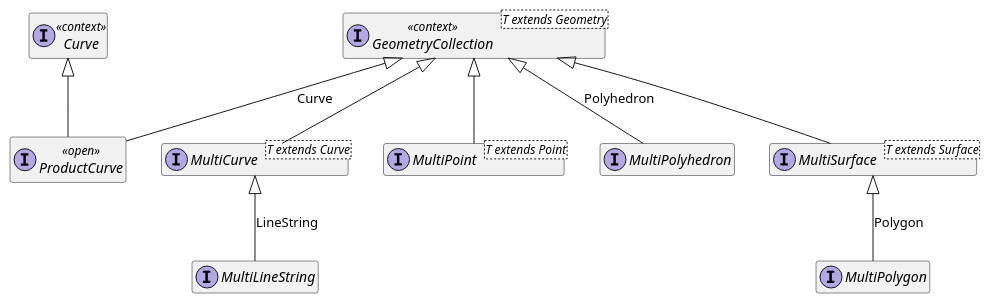
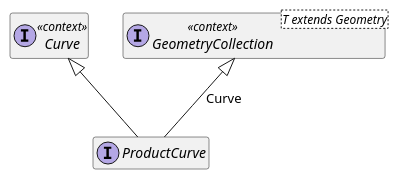
Before and after one commit to apache/sis: the sixth of 6 diagrams in incubator/src/org.apache.sis.geometry/main/org/apache/sis/geometries/summary.adoc, drawn with PlantUML. The commit also changed other lines of this file and 17 other files, not shown here.

Commit message:
refactor(Geometry): remove MultiMeshPrimitive, replaced by GeometryCollection

```diff
--- a/incubator/src/org.apache.sis.geometry/main/org/apache/sis/geometries/summary.adoc
+++ b/incubator/src/org.apache.sis.geometry/main/org/apache/sis/geometries/summary.adoc
@@ -276,42 +273,22 @@
 [plantuml,geometry-collections,svg]
 ....
 @startuml
 hide empty members
 skinparam shadowing false
 skinparam interface {
     BackgroundColor #FDFDFD
     BorderColor #4A6785
 }
-skinparam interface<<open>> {
-    BackgroundColor #FFF6E0
-    BorderColor #C9A227
-}
 skinparam interface<<context>> {
     BackgroundColor #EEF3F8
     BorderColor #93A9C0
 }
-skinparam interface<<external>> {
-    BackgroundColor #F0F0F0
-    BorderColor #999999
-}
 
 interface Curve <<context>>
 interface "GeometryCollection<T extends Geometry>" as GeometryCollection <<context>>
-interface "MultiCurve<T extends Curve>" as MultiCurve
-interface MultiLineString
-interface "MultiPoint<T extends Point>" as MultiPoint
-interface MultiPolygon
-interface MultiPolyhedron
-interface "MultiSurface<T extends Surface>" as MultiSurface
-interface ProductCurve <<open>>
+interface ProductCurve
 
 Curve <|-- ProductCurve
-GeometryCollection <|-- MultiCurve
-GeometryCollection <|-- MultiPoint
-GeometryCollection <|-- MultiPolyhedron : Polyhedron
-GeometryCollection <|-- MultiSurface
 GeometryCollection <|-- ProductCurve : Curve
-MultiCurve <|-- MultiLineString : LineString
-MultiSurface <|-- MultiPolygon : Polygon
 @enduml
 ....
```
